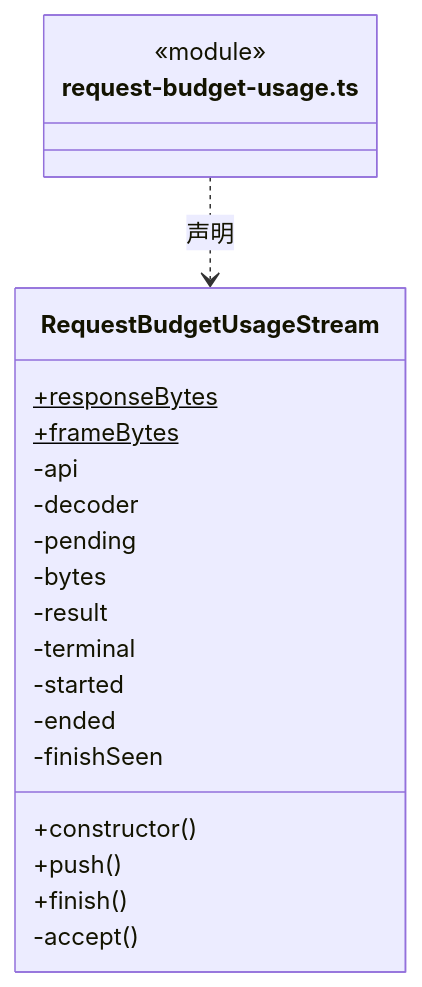
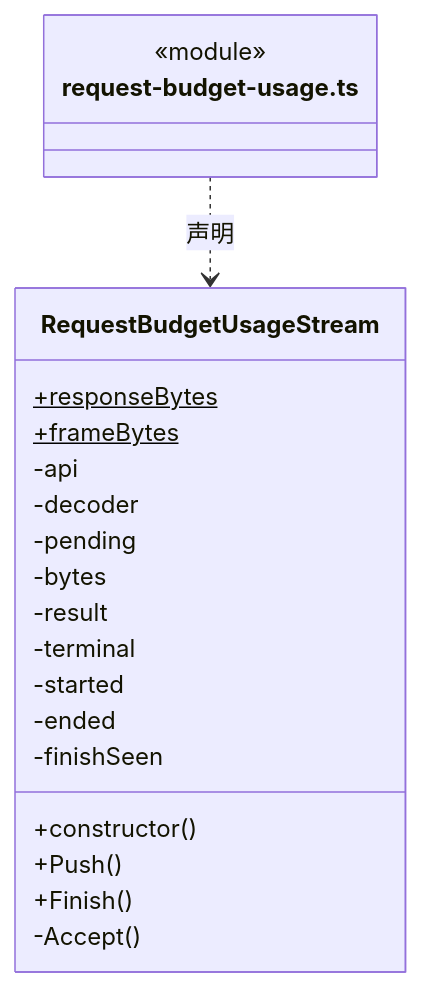
One commit to nan023062/cbim changed the fourth of 5 diagrams in src/logic/execution/engines/transport/ARCHITECTURE.md. Above: the diagram before and after it, drawn with Mermaid. The commit also changed other lines of this file and 1035 other files, not shown here.

````diff
--- a/src/logic/execution/engines/transport/ARCHITECTURE.md
+++ b/src/logic/execution/engines/transport/ARCHITECTURE.md
@@ -69,24 +69,24 @@
 ```mermaid
 classDiagram
 class N_src_logic_execution_engines_transport_request_budget_usage_ts["request-budget-usage.ts"] {
   <<module>>
 }
 class N_src_logic_execution_engines_transport_request_budget_usage_ts_RequestBudgetUsageStream["RequestBudgetUsageStream"] {
   +responseBytes$
   +frameBytes$
   +constructor()
-  +push()
-  +finish()
+  +Push()
+  +Finish()
   -api
   -decoder
   -pending
   -bytes
   -result
   -terminal
   -started
   -ended
   -finishSeen
-  -accept()
+  -Accept()
 }
 N_src_logic_execution_engines_transport_request_budget_usage_ts ..> N_src_logic_execution_engines_transport_request_budget_usage_ts_RequestBudgetUsageStream : 声明
 ```
````
